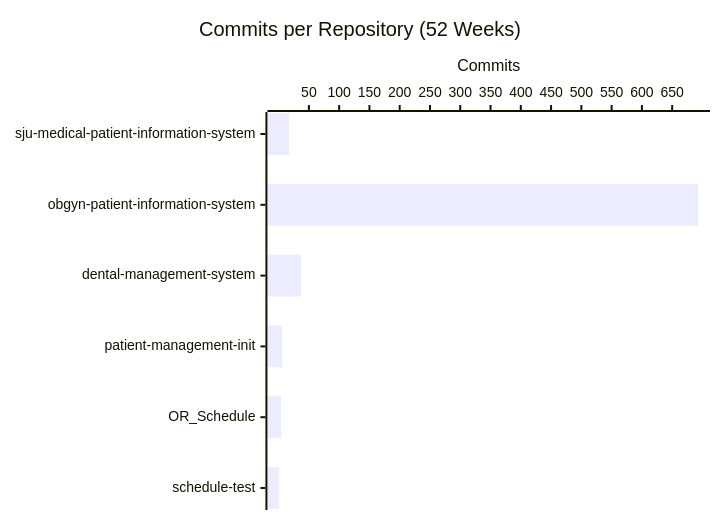
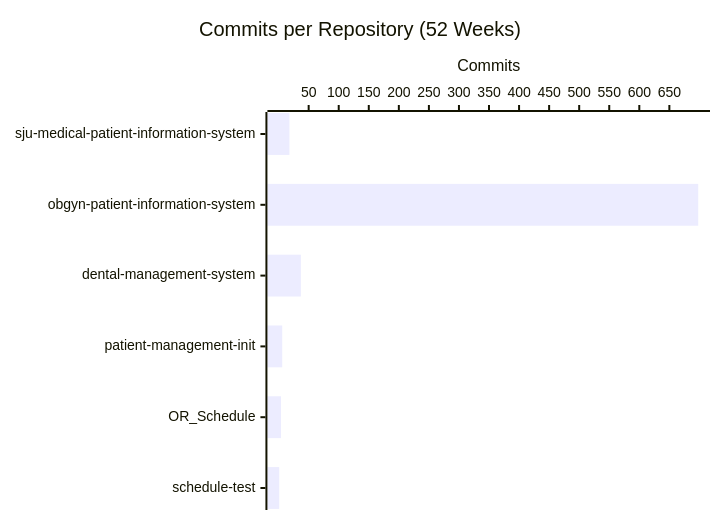
The second of 4 diagrams in profile/README.md (CSTH-Projects/.github), drawn with Mermaid before and after one commit. The commit also changed other lines of this file, not shown here.

````diff
--- a/profile/README.md
+++ b/profile/README.md
@@ -24,7 +24,7 @@
 ```mermaid
 xychart-beta horizontal
     title "Commits per Repository (52 Weeks)"
     x-axis ["sju-medical-patient-information-system", "obgyn-patient-information-system", "dental-management-system", "patient-management-init", "OR_Schedule", "schedule-test"]
     y-axis "Commits"
-    bar [17, 693, 37, 6, 4, 1]
+    bar [18, 698, 37, 6, 4, 1]
 ```
````
